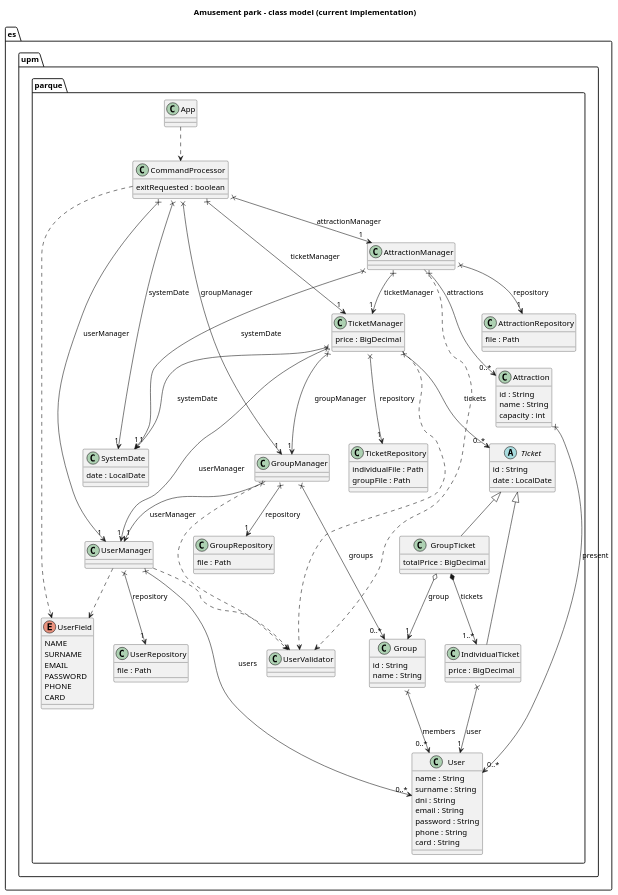
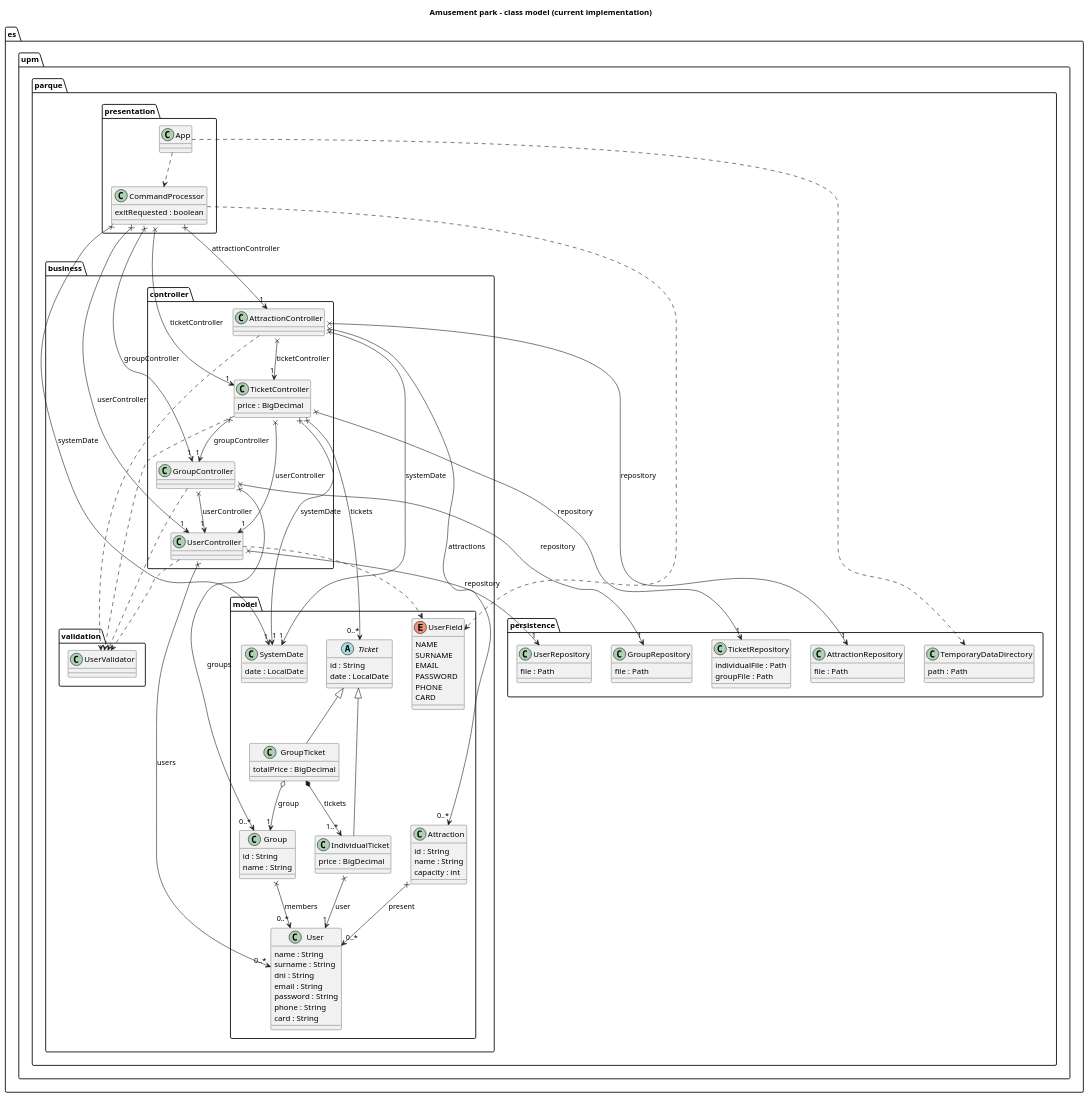
One commit to skai-upm/caise27 changed the diagram in uml/model.puml. Above: the diagram before and after it, drawn with PlantUML. The commit also changed 83 other files, not shown here.

```diff
--- a/uml/model.puml
+++ b/uml/model.puml
@@ -1,137 +1,154 @@
 @startuml model
 title Amusement park - class model (current implementation)
 
-package es.upm.parque {
+package es.upm.parque.presentation {
 
   class App {
   }
 
   class CommandProcessor {
     exitRequested : boolean
   }
+}
 
-  class SystemDate {
-    date : LocalDate
-  }
+package es.upm.parque.business.model {
 
   class User {
     name : String
     surname : String
     dni : String
     email : String
     password : String
     phone : String
     card : String
   }
 
   enum UserField {
     NAME
     SURNAME
     EMAIL
     PASSWORD
     PHONE
     CARD
   }
 
-  class UserValidator {
-  }
-
-  class UserManager {
-  }
-
-  class UserRepository {
-    file : Path
-  }
-
   class Group {
     id : String
     name : String
-  }
-
-  class GroupManager {
-  }
-
-  class GroupRepository {
-    file : Path
   }
 
   abstract class Ticket {
     id : String
     date : LocalDate
   }
 
   class IndividualTicket {
     price : BigDecimal
   }
 
   class GroupTicket {
     totalPrice : BigDecimal
   }
 
-  class TicketManager {
+  class Attraction {
+    id : String
+    name : String
+    capacity : int
+  }
+
+  class SystemDate {
+    date : LocalDate
+  }
+}
+
+package es.upm.parque.business.controller {
+
+  class UserController {
+  }
+
+  class GroupController {
+  }
+
+  class TicketController {
     price : BigDecimal
+  }
+
+  class AttractionController {
+  }
+}
+
+package es.upm.parque.business.validation {
+
+  class UserValidator {
+  }
+}
+
+package es.upm.parque.persistence {
+
+  class UserRepository {
+    file : Path
+  }
+
+  class GroupRepository {
+    file : Path
   }
 
   class TicketRepository {
     individualFile : Path
     groupFile : Path
   }
 
-  class Attraction {
-    id : String
-    name : String
-    capacity : int
+  class AttractionRepository {
+    file : Path
   }
 
-  class AttractionManager {
-  }
-
-  class AttractionRepository {
-    file : Path
+  class TemporaryDataDirectory {
+    path : Path
   }
 }
 
 ' Inheritance
 Ticket <|-- IndividualTicket
 Ticket <|-- GroupTicket
 
 ' Associations, aggregations and compositions (named after the owning field)
-CommandProcessor x--> "1" UserManager : userManager
-CommandProcessor x--> "1" GroupManager : groupManager
-CommandProcessor x--> "1" TicketManager : ticketManager
-CommandProcessor x--> "1" AttractionManager : attractionManager
+CommandProcessor x--> "1" UserController : userController
+CommandProcessor x--> "1" GroupController : groupController
+CommandProcessor x--> "1" TicketController : ticketController
+CommandProcessor x--> "1" AttractionController : attractionController
 CommandProcessor x--> "1" SystemDate : systemDate
 
-UserManager x--> "1" UserRepository : repository
-UserManager x--> "0..*" User : users
+UserController x--> "1" UserRepository : repository
+UserController x--> "0..*" User : users
 
-GroupManager x--> "1" GroupRepository : repository
-GroupManager x--> "1" UserManager : userManager
-GroupManager x--> "0..*" Group : groups
+GroupController x--> "1" GroupRepository : repository
+GroupController x--> "1" UserController : userController
+GroupController x--> "0..*" Group : groups
 Group x--> "0..*" User : members
 
-TicketManager x--> "1" TicketRepository : repository
-TicketManager x--> "1" UserManager : userManager
-TicketManager x--> "1" GroupManager : groupManager
-TicketManager x--> "1" SystemDate : systemDate
-TicketManager x--> "0..*" Ticket : tickets
+TicketController x--> "1" TicketRepository : repository
+TicketController x--> "1" UserController : userController
+TicketController x--> "1" GroupController : groupController
+TicketController x--> "1" SystemDate : systemDate
+TicketController x--> "0..*" Ticket : tickets
 IndividualTicket x--> "1" User : user
 GroupTicket o--> "1" Group : group
 GroupTicket *--> "1..*" IndividualTicket : tickets
 
-AttractionManager x--> "1" AttractionRepository : repository
-AttractionManager x--> "1" TicketManager : ticketManager
-AttractionManager x--> "1" SystemDate : systemDate
-AttractionManager x--> "0..*" Attraction : attractions
+AttractionController x--> "1" AttractionRepository : repository
+AttractionController x--> "1" TicketController : ticketController
+AttractionController x--> "1" SystemDate : systemDate
+AttractionController x--> "0..*" Attraction : attractions
 Attraction x--> "0..*" User : present
 
 ' Usage, only for classes without incoming relationships
 App ..> CommandProcessor
+App ..> TemporaryDataDirectory
 CommandProcessor ..> UserField
-UserManager ..> UserField
-UserManager ..> UserValidator
-GroupManager ..> UserValidator
-TicketManager ..> UserValidator
-AttractionManager ..> UserValidator
+UserController ..> UserField
+UserController ..> UserValidator
+GroupController ..> UserValidator
+TicketController ..> UserValidator
+AttractionController ..> UserValidator
 
 @enduml
```
